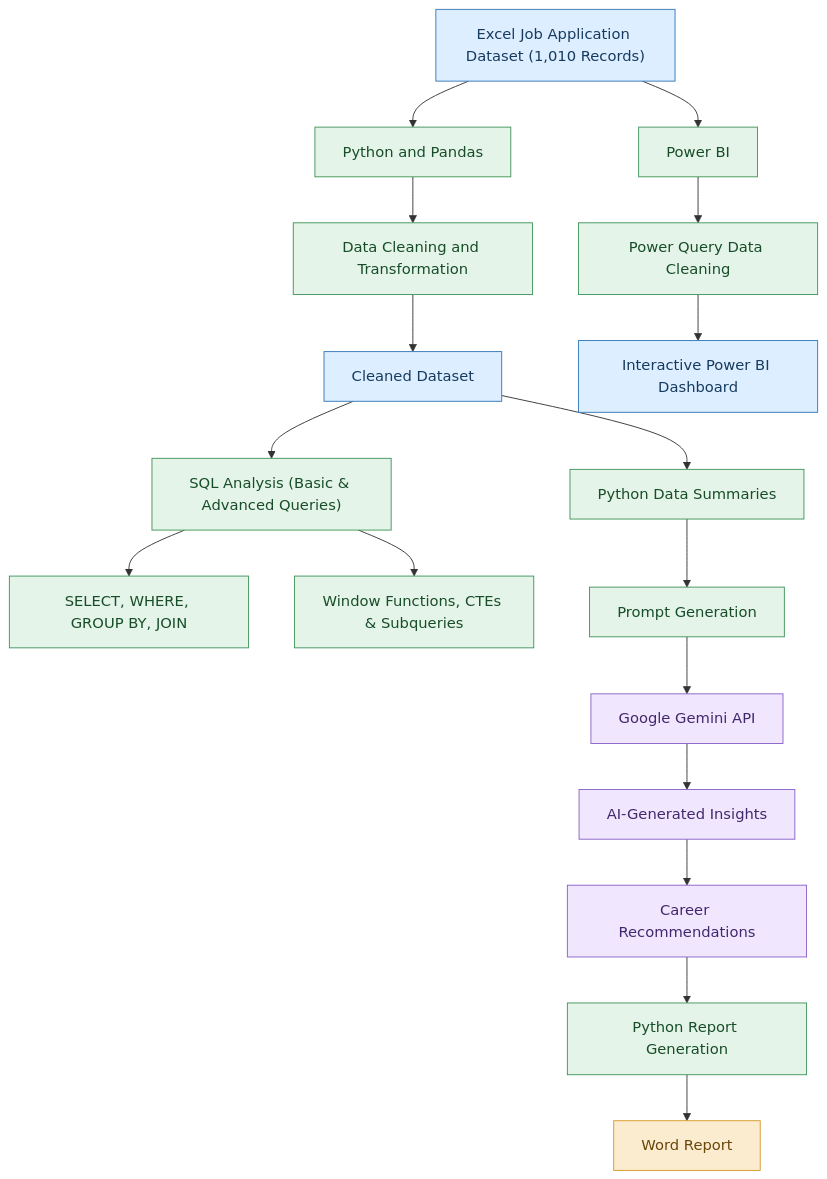
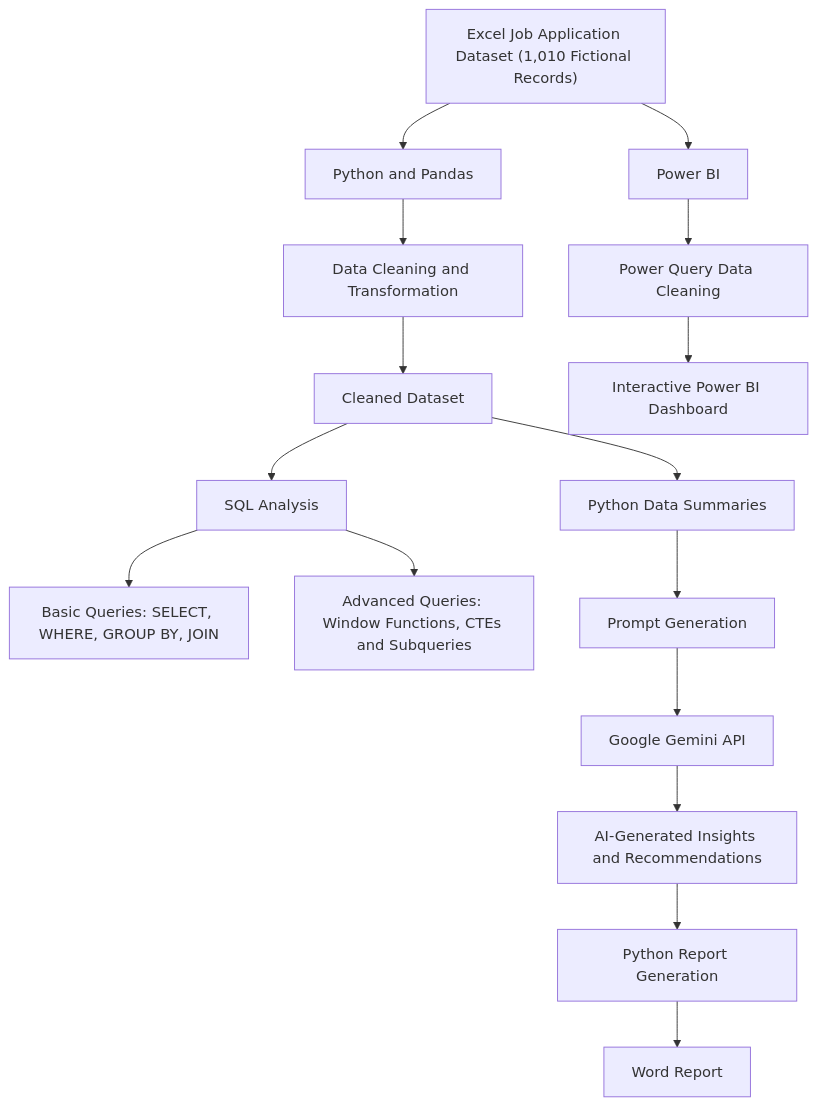
Before and after one commit to Syedmotahirhasan/AI-Job-Hunt-Tracker-: the diagram in Job Hunt Tracker.md, drawn with Mermaid. The commit also changed other lines of this file, not shown here.

Commit message:
Update Job Hunt Tracker.md

````diff
--- a/Job Hunt Tracker.md
+++ b/Job Hunt Tracker.md
@@ -53,40 +65,21 @@
 ```mermaid
 flowchart TD
-    A["Excel Job Application Dataset (1,010 Records)"] --> B["Python and Pandas"]
+    A["Excel Job Application Dataset (1,010 Fictional Records)"] --> B["Python and Pandas"]
     B --> C["Data Cleaning and Transformation"]
     C --> D["Cleaned Dataset"]
 
-    D --> E["SQL Analysis (Basic & Advanced Queries)"]
-    E --> E1["SELECT, WHERE, GROUP BY, JOIN"]
-    E --> E2["Window Functions, CTEs & Subqueries"]
+    D --> E["SQL Analysis"]
+    E --> E1["Basic Queries: SELECT, WHERE, GROUP BY, JOIN"]
+    E --> E2["Advanced Queries: Window Functions, CTEs and Subqueries"]
 
     A --> F["Power BI"]
     F --> G["Power Query Data Cleaning"]
     G --> H["Interactive Power BI Dashboard"]
 
     D --> I["Python Data Summaries"]
     I --> J["Prompt Generation"]
     J --> K["Google Gemini API"]
-    K --> L["AI-Generated Insights"]
-    L --> M["Career Recommendations"]
-    M --> N["Python Report Generation"]
-    N --> O["Word Report"]
-
-    style A fill:#DCEEFF,stroke:#3478B8,color:#173B5E
-    style B fill:#E5F4E8,stroke:#40945A,color:#174D29
-    style C fill:#E5F4E8,stroke:#40945A,color:#174D29
-    style D fill:#DCEEFF,stroke:#3478B8,color:#173B5E
-    style E fill:#E5F4E8,stroke:#40945A,color:#174D29
-    style E1 fill:#E5F4E8,stroke:#40945A,color:#174D29
-    style E2 fill:#E5F4E8,stroke:#40945A,color:#174D29
-    style F fill:#E5F4E8,stroke:#40945A,color:#174D29
-    style G fill:#E5F4E8,stroke:#40945A,color:#174D29
-    style H fill:#DCEEFF,stroke:#3478B8,color:#173B5E
-    style I fill:#E5F4E8,stroke:#40945A,color:#174D29
-    style J fill:#E5F4E8,stroke:#40945A,color:#174D29
-    style K fill:#F0E7FF,stroke:#8961C5,color:#42276D
-    style L fill:#F0E7FF,stroke:#8961C5,color:#42276D
-    style M fill:#F0E7FF,stroke:#8961C5,color:#42276D
-    style N fill:#E5F4E8,stroke:#40945A,color:#174D29
-    style O fill:#FCECCF,stroke:#D69A28,color:#694609
+    K --> L["AI-Generated Insights and Recommendations"]
+    L --> M["Python Report Generation"]
+    M --> N["Word Report"]
 ```
````
